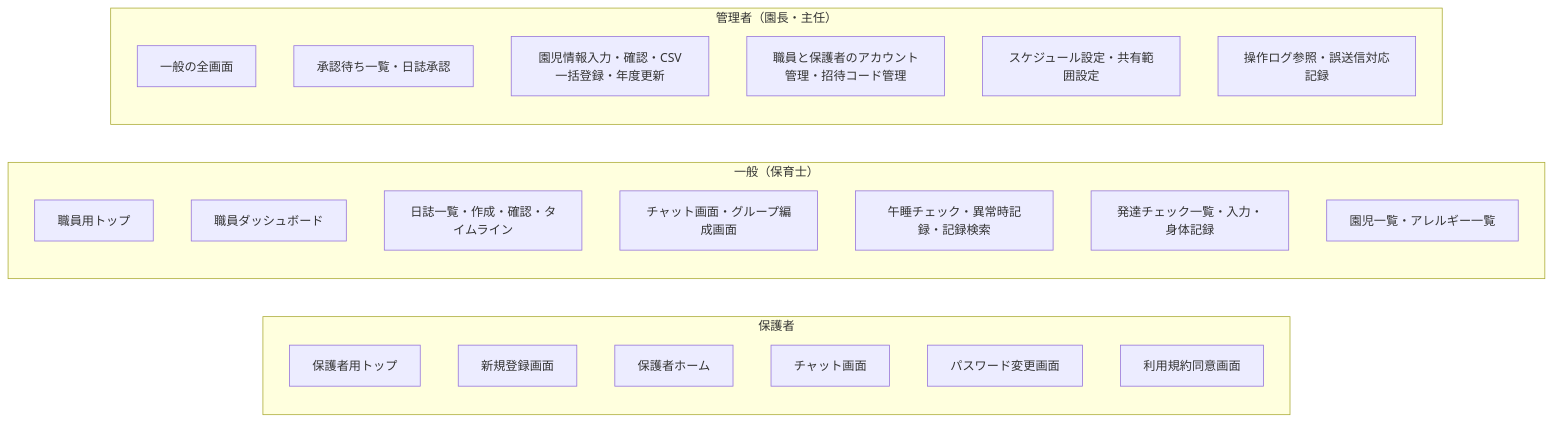
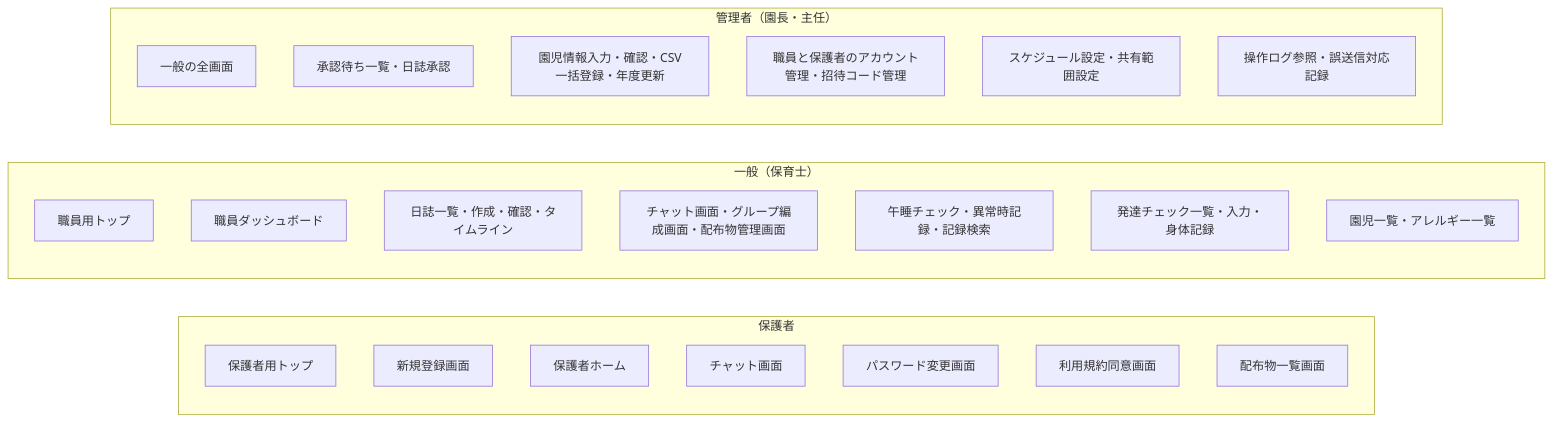
The diagram in 基本設計書.md (issei0423/sukusuku_system), drawn with Mermaid before and after one commit. The commit also changed other lines of this file and 16 other files, not shown here.

First line of the commit message:
園からの配布物を要件定義書・基本設計書・図へ加えた

````diff
--- a/基本設計書.md
+++ b/基本設計書.md
@@ -227,28 +230,29 @@
 ```mermaid
 flowchart LR
     subgraph G["保護者"]
         G0["保護者用トップ"]
         G1["新規登録画面"]
         G2["保護者ホーム"]
         G3["チャット画面"]
         G4["パスワード変更画面"]
         G5["利用規約同意画面"]
+        G6["配布物一覧画面"]
     end
     subgraph S["一般（保育士）"]
         S0["職員用トップ"]
         S1["職員ダッシュボード"]
         S2["日誌一覧・作成・確認・タイムライン"]
-        S3["チャット画面・グループ編成画面"]
+        S3["チャット画面・グループ編成画面・配布物管理画面"]
         S4["午睡チェック・異常時記録・記録検索"]
         S5["発達チェック一覧・入力・身体記録"]
         S6["園児一覧・アレルギー一覧"]
     end
     subgraph A["管理者（園長・主任）"]
         A1["一般の全画面"]
         A2["承認待ち一覧・日誌承認"]
         A3["園児情報入力・確認・CSV一括登録・年度更新"]
         A4["職員と保護者のアカウント管理・招待コード管理"]
         A5["スケジュール設定・共有範囲設定"]
         A6["操作ログ参照・誤送信対応記録"]
     end
 ```
````
